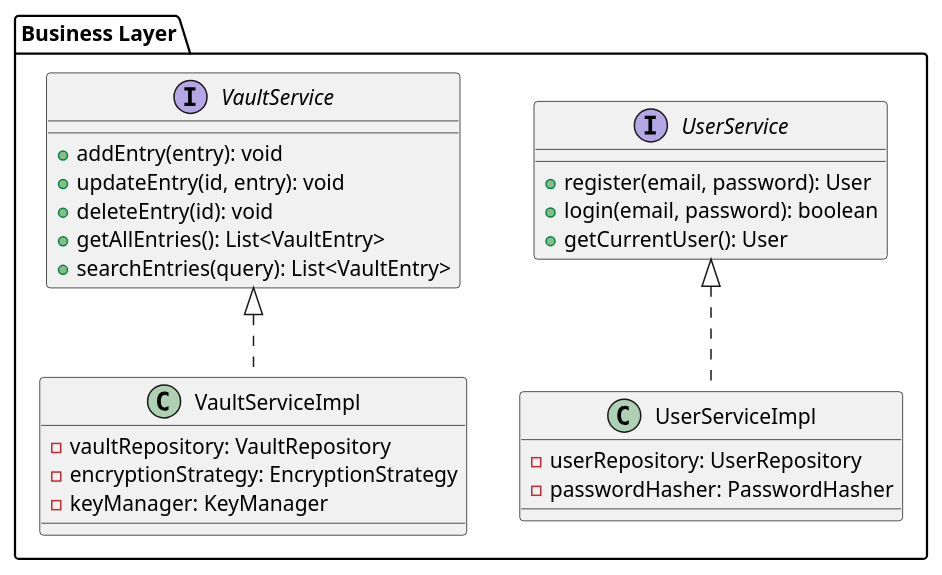
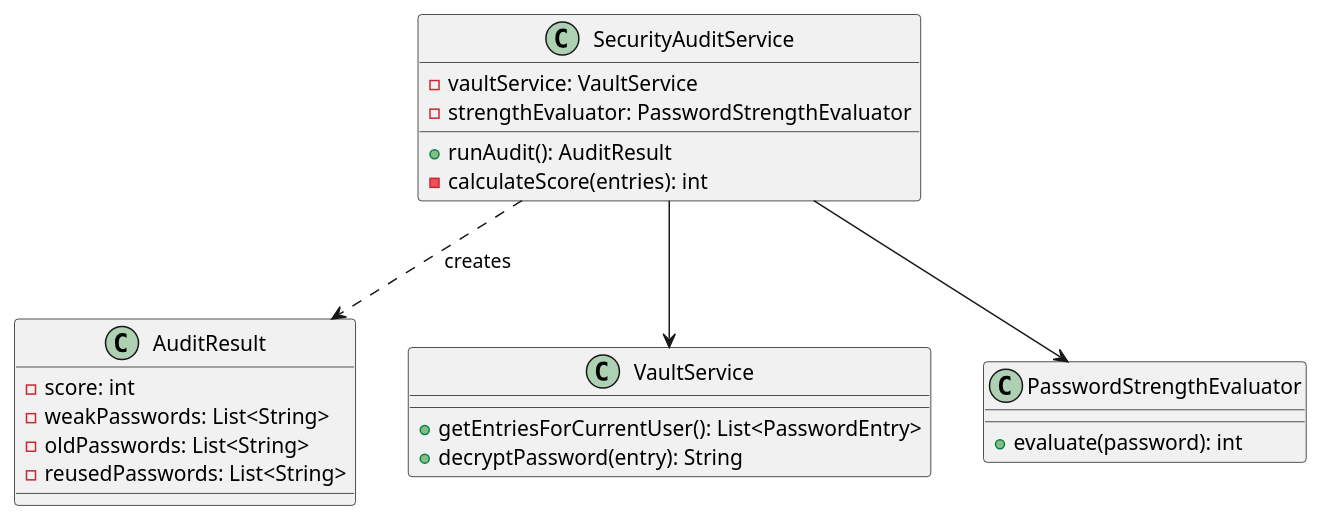
The first of 3 diagrams in README.it.md (DaniaCiampalini/SafeCoreProject), drawn with PlantUML before and after one commit. The commit also changed other lines of this file and 1 other file, not shown here.

Commit message:
Update README files to include H2 Database in project specifications, enhance Security Audit description, and improve clarity in functionality and testing sections.

````diff
--- a/README.it.md
+++ b/README.it.md
@@ -208,30 +236,30 @@
 ```plantuml
 @startuml
-package "Business Layer" {
-    interface UserService {
-        + register(email, password): User
-        + login(email, password): boolean
-        + getCurrentUser(): User
-    }
+class SecurityAuditService {
+    - vaultService: VaultService
+    - strengthEvaluator: PasswordStrengthEvaluator
+    + runAudit(): AuditResult
+    - calculateScore(entries): int
+}
 
-    interface VaultService {
-        + addEntry(entry): void
-        + updateEntry(id, entry): void
-        + deleteEntry(id): void
-        + getAllEntries(): List<VaultEntry>
-        + searchEntries(query): List<VaultEntry>
-    }
+class AuditResult {
+    - score: int
+    - weakPasswords: List<String>
+    - oldPasswords: List<String>
+    - reusedPasswords: List<String>
+}
 
-    class UserServiceImpl implements UserService {
-        - userRepository: UserRepository
-        - passwordHasher: PasswordHasher
-    }
+class VaultService {
+    + getEntriesForCurrentUser(): List<PasswordEntry>
+    + decryptPassword(entry): String
+}
 
-    class VaultServiceImpl implements VaultService {
-        - vaultRepository: VaultRepository
-        - encryptionStrategy: EncryptionStrategy
-        - keyManager: KeyManager
-    }
+class PasswordStrengthEvaluator {
+    + evaluate(password): int
 }
+
+SecurityAuditService --> VaultService
+SecurityAuditService --> PasswordStrengthEvaluator
+SecurityAuditService ..> AuditResult : creates
 @enduml
 ```
````
